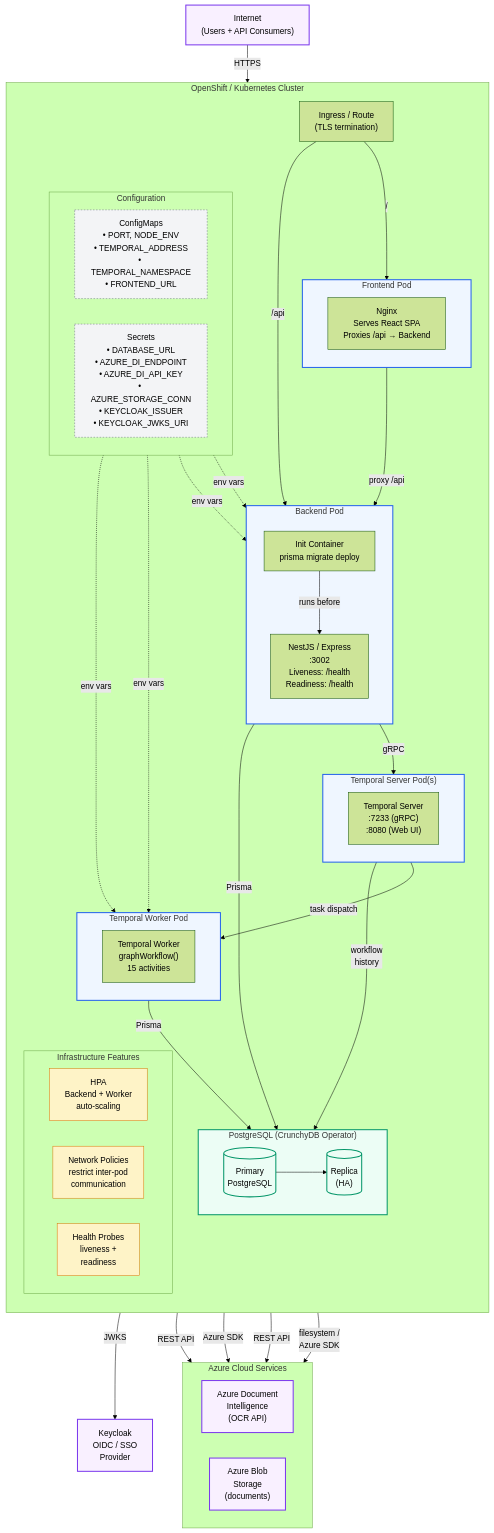
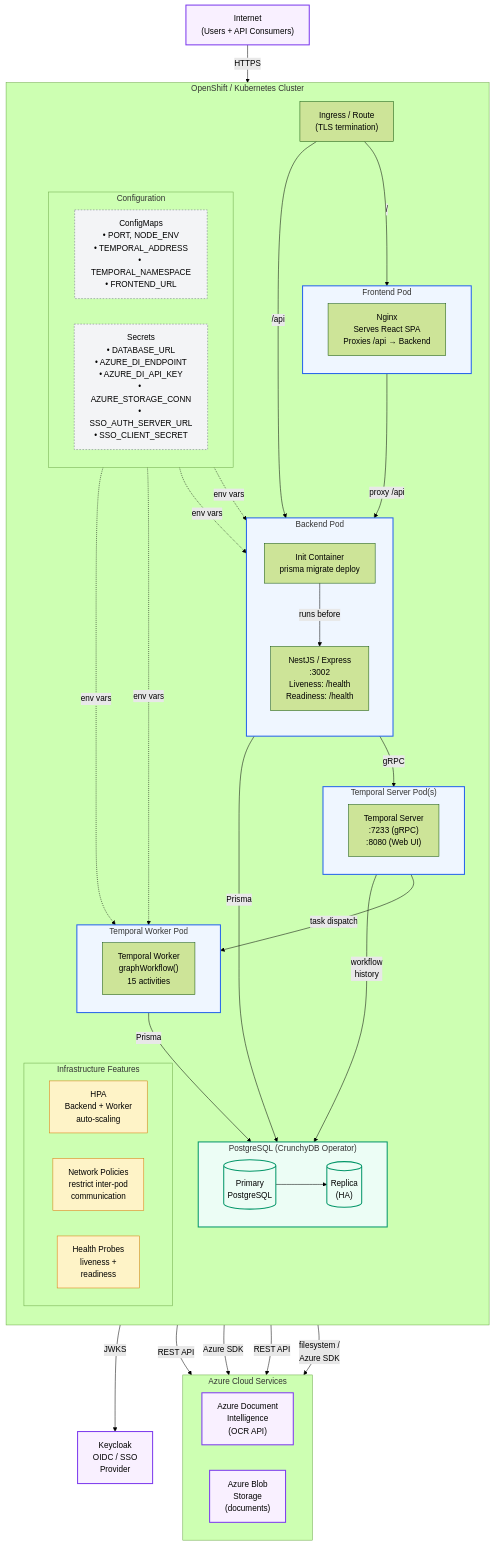
The diagram in docs/_diagrams/deployment.mmd (bcgov/ai-adoption-document-intelligence), drawn with Mermaid (forest theme) before and after one commit. The commit also changed 15 other files, not shown here.

```diff
--- a/docs/_diagrams/deployment.mmd
+++ b/docs/_diagrams/deployment.mmd
@@ -1,109 +1,109 @@
 graph TB
     %% ── External Traffic ─────────────────────────────────────────
     Internet["Internet<br/>(Users + API Consumers)"]
 
     %% ── OpenShift Cluster ────────────────────────────────────────
     subgraph Cluster ["OpenShift / Kubernetes Cluster"]
         direction TB
 
         %% ── Ingress ──────────────────────────────────────────────
         Ingress["Ingress / Route<br/>(TLS termination)"]
 
         %% ── Frontend Pod ─────────────────────────────────────────
         subgraph FEPod ["Frontend Pod"]
             direction LR
             Nginx["Nginx<br/>Serves React SPA<br/>Proxies /api → Backend"]
         end
 
         %% ── Backend Pod ──────────────────────────────────────────
         subgraph BEPod ["Backend Pod"]
             direction TB
             InitMigrate["Init Container<br/>prisma migrate deploy"]
             NestJS["NestJS / Express<br/>:3002<br/>Liveness: /health<br/>Readiness: /health"]
             InitMigrate -->|"runs before"| NestJS
         end
 
         %% ── Worker Pod ───────────────────────────────────────────
         subgraph WorkerPod ["Temporal Worker Pod"]
             direction LR
             Worker["Temporal Worker<br/>graphWorkflow&lpar;&rpar;<br/>15 activities"]
         end
 
         %% ── Temporal Server Pod ──────────────────────────────────
         subgraph TemporalPod ["Temporal Server Pod&lpar;s&rpar;"]
             direction LR
             TServer["Temporal Server<br/>:7233 (gRPC)<br/>:8080 (Web UI)"]
         end
 
         %% ── Database ─────────────────────────────────────────────
         subgraph DBCluster ["PostgreSQL &lpar;CrunchyDB Operator&rpar;"]
             direction LR
             PGPrimary[("Primary<br/>PostgreSQL")]
             PGReplica[("Replica<br/>(HA)")]
             PGPrimary --> PGReplica
         end
 
         %% ── Config & Secrets ─────────────────────────────────────
         subgraph Config ["Configuration"]
             direction LR
             ConfigMap["ConfigMaps<br/>• PORT, NODE_ENV<br/>• TEMPORAL_ADDRESS<br/>• TEMPORAL_NAMESPACE<br/>• FRONTEND_URL"]
-            Secrets["Secrets<br/>• DATABASE_URL<br/>• AZURE_DI_ENDPOINT<br/>• AZURE_DI_API_KEY<br/>• AZURE_STORAGE_CONN<br/>• KEYCLOAK_ISSUER<br/>• KEYCLOAK_JWKS_URI"]
+            Secrets["Secrets<br/>• DATABASE_URL<br/>• AZURE_DI_ENDPOINT<br/>• AZURE_DI_API_KEY<br/>• AZURE_STORAGE_CONN<br/>• SSO_AUTH_SERVER_URL<br/>• SSO_CLIENT_SECRET"]
         end
 
         %% ── Platform Features ────────────────────────────────────
         subgraph InfraFeatures ["Infrastructure Features"]
             direction LR
             HPA["HPA<br/>Backend + Worker<br/>auto-scaling"]
             NetPol["Network Policies<br/>restrict inter-pod<br/>communication"]
             Probes["Health Probes<br/>liveness +<br/>readiness"]
         end
     end
 
     %% ── External Azure Services ──────────────────────────────────
     subgraph Azure ["Azure Cloud Services"]
         direction LR
         AzureDI["Azure Document<br/>Intelligence<br/>(OCR API)"]
         AzureBlob["Azure Blob<br/>Storage<br/>(documents)"]
     end
 
     %% ── External Auth ────────────────────────────────────────────
     Keycloak["Keycloak<br/>OIDC / SSO<br/>Provider"]
 
     %% ── Traffic Flow ─────────────────────────────────────────────
     Internet -->|"HTTPS"| Ingress
     Ingress -->|"/"| FEPod
     Ingress -->|"/api"| BEPod
     Nginx -->|"proxy /api"| NestJS
 
     %% ── Internal Connections ─────────────────────────────────────
     NestJS -->|"gRPC"| TServer
     NestJS -->|"Prisma"| PGPrimary
     TServer -->|"task dispatch"| Worker
     Worker -->|"Prisma"| PGPrimary
     TServer -->|"workflow<br/>history"| PGPrimary
 
     %% ── External Service Connections ─────────────────────────────
     NestJS -->|"REST API"| AzureDI
     NestJS -->|"Azure SDK"| AzureBlob
     Worker -->|"REST API"| AzureDI
     Worker -->|"filesystem /<br/>Azure SDK"| AzureBlob
     NestJS -->|"JWKS"| Keycloak
 
     %% ── Config injection ─────────────────────────────────────────
     ConfigMap -.->|"env vars"| BEPod
     ConfigMap -.->|"env vars"| WorkerPod
     Secrets -.->|"env vars"| BEPod
     Secrets -.->|"env vars"| WorkerPod
 
     %% ── Styling ──────────────────────────────────────────────────
     classDef external fill:#f9f0ff,stroke:#7c3aed,stroke-width:2px
     classDef pod fill:#eff6ff,stroke:#2563eb,stroke-width:2px
     classDef db fill:#ecfdf5,stroke:#059669,stroke-width:2px
     classDef config fill:#f3f4f6,stroke:#6b7280,stroke-width:1px,stroke-dasharray:3
     classDef infra fill:#fef3c7,stroke:#d97706,stroke-width:1px
 
     class Internet,AzureDI,AzureBlob,Keycloak external
     class FEPod,BEPod,WorkerPod,TemporalPod pod
     class DBCluster,PGPrimary,PGReplica db
     class ConfigMap,Secrets config
     class HPA,NetPol,Probes infra
```
